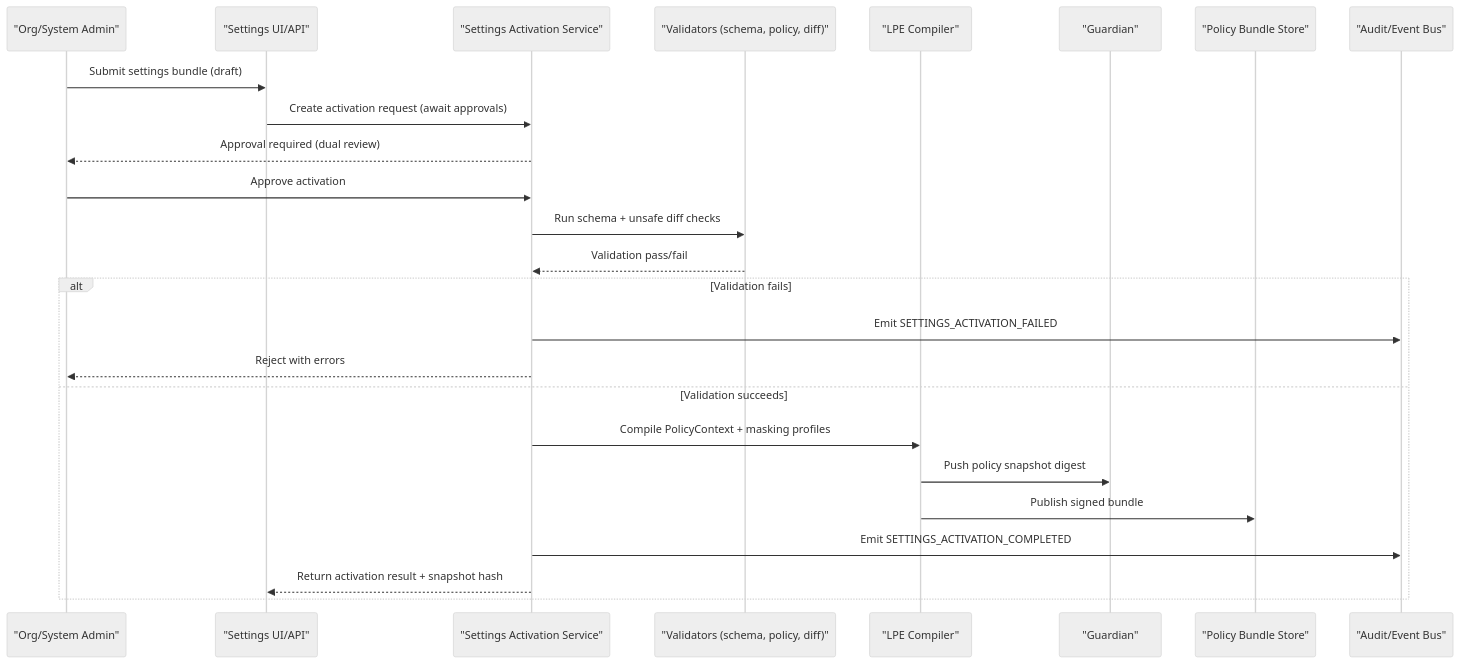
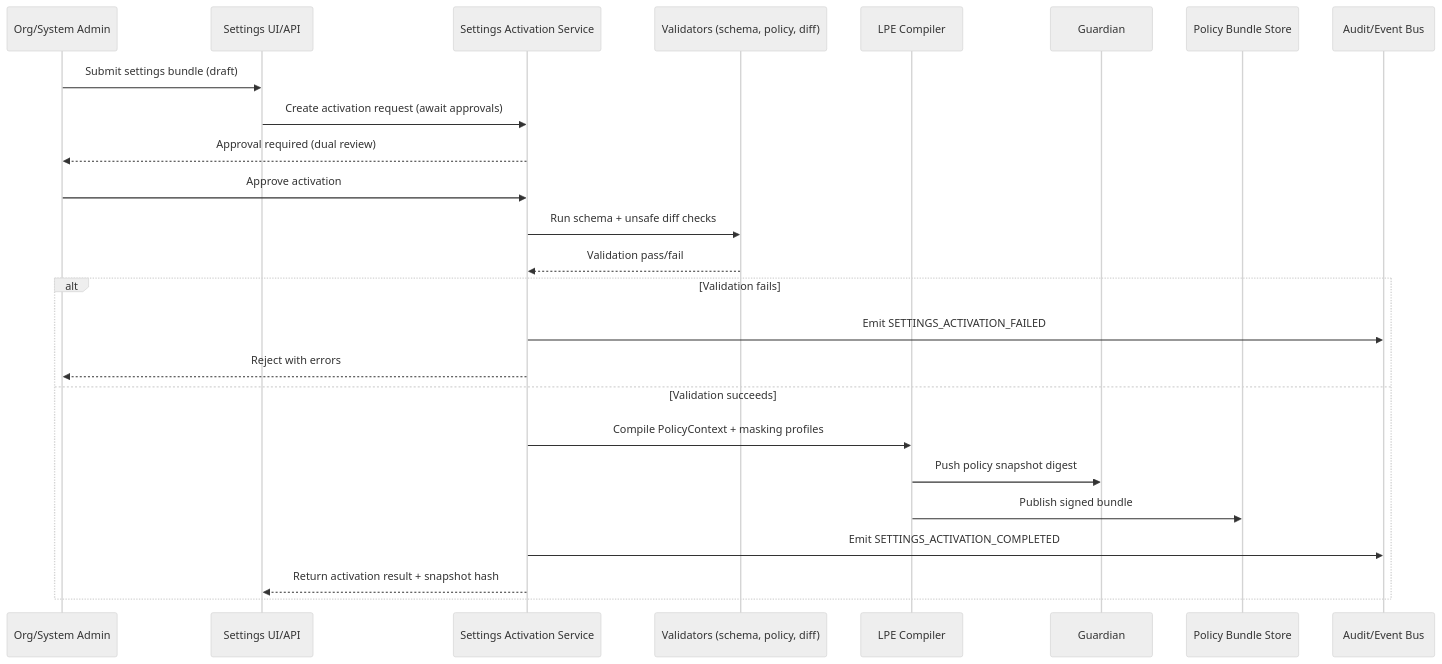
One commit to PantherianCodeX/udocket.com changed the diagram in docs/diagrams/settings-activation-v1.mmd. Above: the diagram before and after it, drawn with Mermaid (neutral theme). The commit also changed 54 other files, not shown here.

Commit message:
docs: realign diagram tooling

```diff
--- a/docs/diagrams/settings-activation-v1.mmd
+++ b/docs/diagrams/settings-activation-v1.mmd
@@ -1,28 +1,28 @@
 %% Mermaid sequence diagram: Settings activation pipeline v1
 %%{init: {"flowchart": {"htmlLabels": false}, "class": {"htmlLabels": false}, "state": {"htmlLabels": false}, "er": {"htmlLabels": false}, "journey": {"htmlLabels": false}, "timeline": {"htmlLabels": false}}}%%
 sequenceDiagram
-  participant Admin as "Org/System Admin"
-  participant UI as "Settings UI/API"
-  participant Activation as "Settings Activation Service"
-  participant Validators as "Validators (schema, policy, diff)"
-  participant LPE as "LPE Compiler"
-  participant Guardian as "Guardian"
-  participant Bundles as "Policy Bundle Store"
-  participant Audit as "Audit/Event Bus"
+  participant Admin as Org/System Admin
+  participant UI as Settings UI/API
+  participant Activation as Settings Activation Service
+  participant Validators as Validators (schema, policy, diff)
+  participant LPE as LPE Compiler
+  participant Guardian as Guardian
+  participant Bundles as Policy Bundle Store
+  participant Audit as Audit/Event Bus
 
   Admin->>UI: Submit settings bundle (draft)
   UI->>Activation: Create activation request (await approvals)
   Activation-->>Admin: Approval required (dual review)
   Admin->>Activation: Approve activation
   Activation->>Validators: Run schema + unsafe diff checks
   Validators-->>Activation: Validation pass/fail
   alt Validation fails
     Activation->>Audit: Emit SETTINGS_ACTIVATION_FAILED
     Activation-->>Admin: Reject with errors
   else Validation succeeds
     Activation->>LPE: Compile PolicyContext + masking profiles
     LPE->>Guardian: Push policy snapshot digest
     LPE->>Bundles: Publish signed bundle
     Activation->>Audit: Emit SETTINGS_ACTIVATION_COMPLETED
     Activation-->>UI: Return activation result + snapshot hash
   end
```
